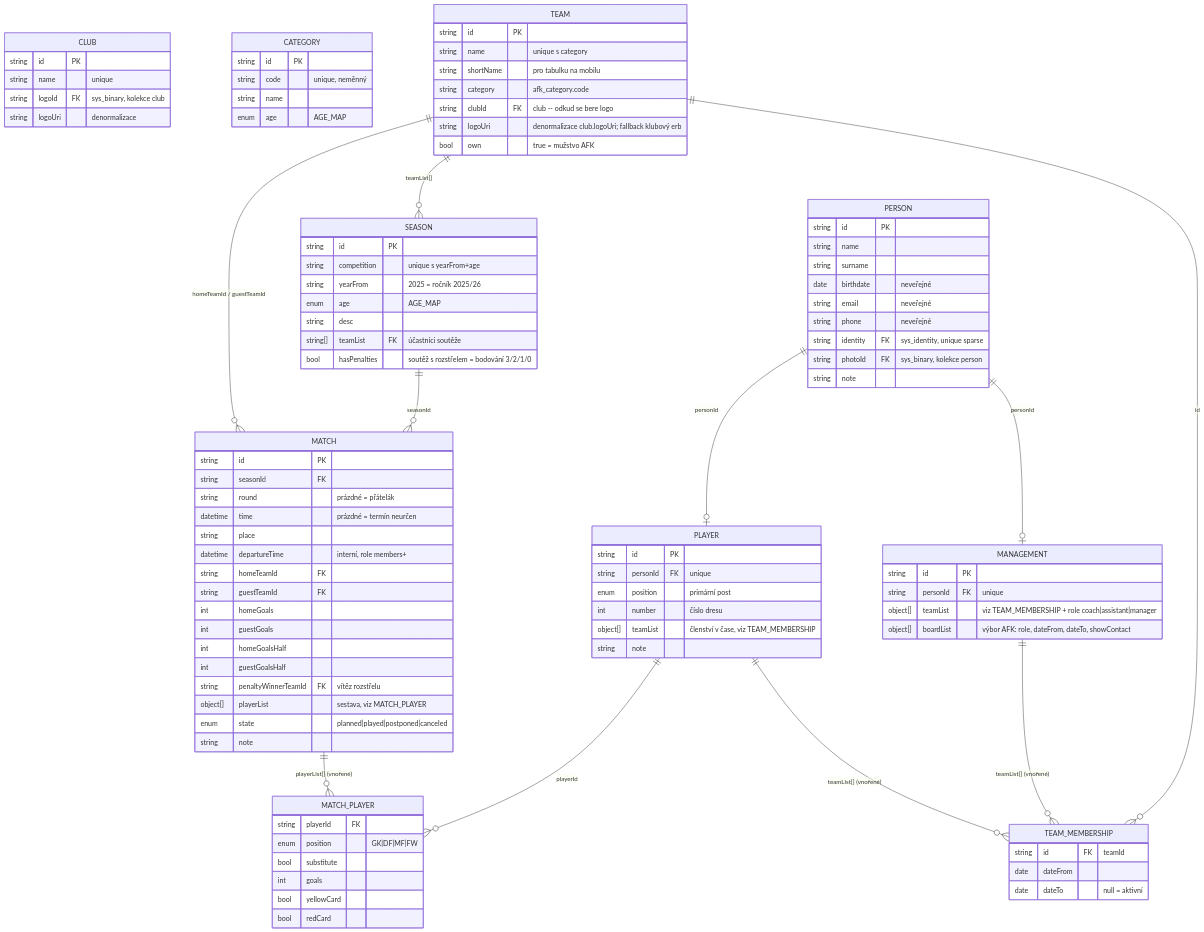
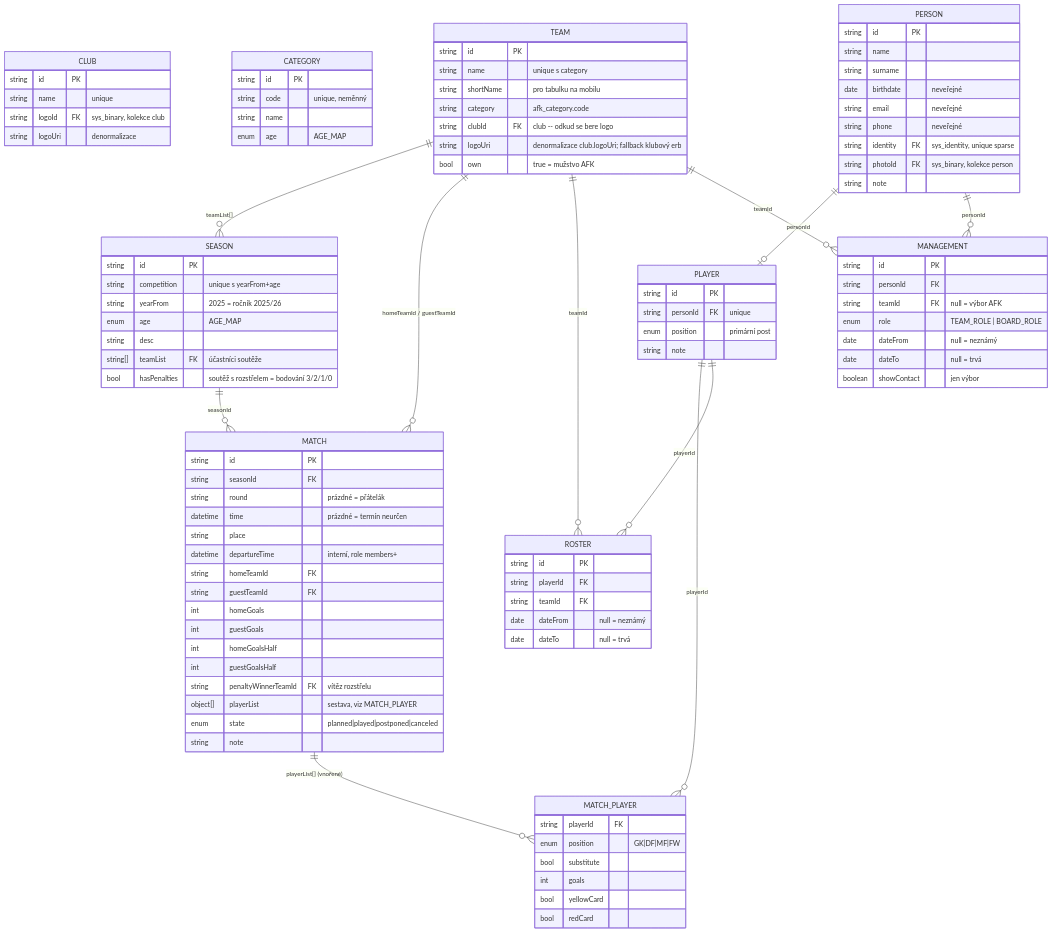
The second of 3 diagrams in design/data-model.md (capo00/afkbratcice), drawn with Mermaid before and after one commit. The commit also changed other lines of this file and 52 other files, not shown here.

````diff
--- a/design/data-model.md
+++ b/design/data-model.md
@@ -126,20 +126,23 @@
         string   id PK
         string   personId FK "unique"
         enum     position "primární post"
-        int      number "číslo dresu"
-        object[] teamList "členství v čase, viz TEAM_MEMBERSHIP"
         string   note
+    }
+    ROSTER {
+        string   id PK
+        string   playerId FK
+        string   teamId FK
+        date     dateFrom "null = neznámý"
+        date     dateTo "null = trvá"
     }
     MANAGEMENT {
         string   id PK
-        string   personId FK "unique"
-        object[] teamList "viz TEAM_MEMBERSHIP + role coach|assistant|manager"
-        object[] boardList "výbor AFK: role, dateFrom, dateTo, showContact"
-    }
-    TEAM_MEMBERSHIP {
-        string id FK "teamId"
-        date   dateFrom
-        date   dateTo "null = aktivní"
+        string   personId FK
+        string   teamId FK "null = výbor AFK"
+        enum     role "TEAM_ROLE | BOARD_ROLE"
+        date     dateFrom "null = neznámý"
+        date     dateTo "null = trvá"
+        boolean  showContact "jen výbor"
     }
 
     TEAM   ||--o{ SEASON          : "teamList[]"
@@ -148,8 +151,8 @@
     MATCH  ||--o{ MATCH_PLAYER    : "playerList[] (vnořené)"
     PLAYER ||--o{ MATCH_PLAYER    : "playerId"
     PERSON ||--o| PLAYER          : "personId"
-    PERSON ||--o| MANAGEMENT      : "personId"
-    PLAYER ||--o{ TEAM_MEMBERSHIP : "teamList[] (vnořené)"
-    MANAGEMENT ||--o{ TEAM_MEMBERSHIP : "teamList[] (vnořené)"
-    TEAM   ||--o{ TEAM_MEMBERSHIP : "id"
+    PERSON ||--o{ MANAGEMENT      : "personId"
+    PLAYER ||--o{ ROSTER          : "playerId"
+    TEAM   ||--o{ ROSTER          : "teamId"
+    TEAM   ||--o{ MANAGEMENT      : "teamId"
 ```
````
